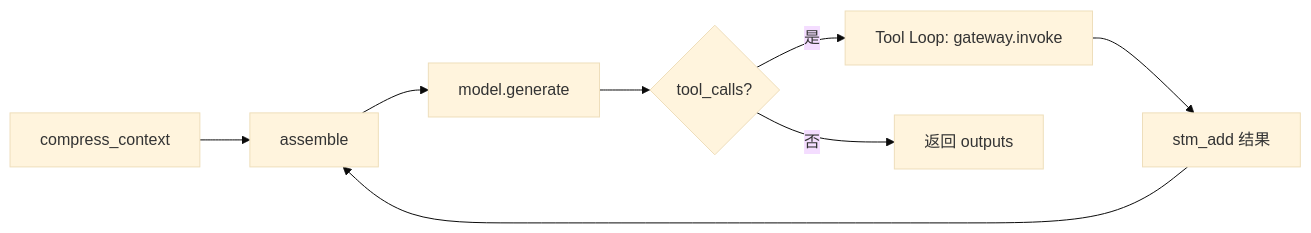
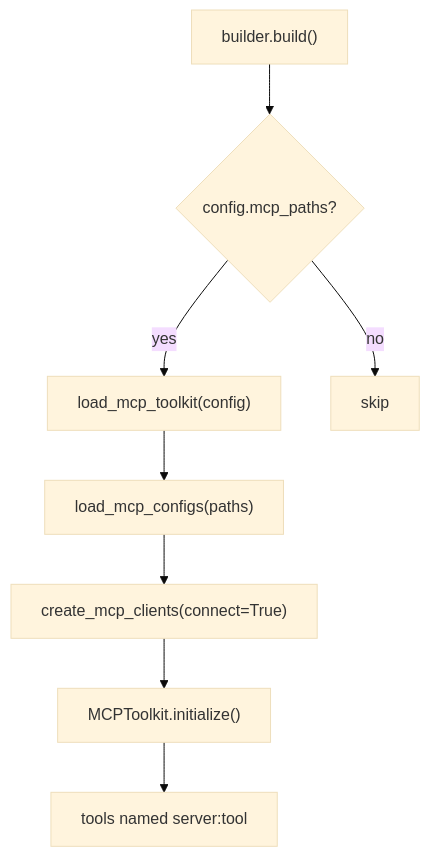
Before and after one commit to clowder-labs/Deterministic-Agent-Runtime-Engine: the fifth of 13 diagrams in docs/DARE_FRAMEWORK_DESIGN.md, drawn with Mermaid (base theme). The commit also changed other lines of this file, not shown here.

````diff
--- a/docs/DARE_FRAMEWORK_DESIGN.md
+++ b/docs/DARE_FRAMEWORK_DESIGN.md
@@ -978,10 +213,10 @@
 ```mermaid
-flowchart LR
-    A["compress_context"] --> B["assemble"]
-    B --> C["model.generate"]
-    C --> D{"tool_calls?"}
-    D -->|是| E["Tool Loop: gateway.invoke"]
-    E --> F["stm_add 结果"]
-    F --> B
-    D -->|否| G["返回 outputs"]
+flowchart TD
+  A["builder.build()"] --> B{"config.mcp_paths?"}
+  B -->|yes| C["load_mcp_toolkit(config)"]
+  C --> D["load_mcp_configs(paths)"]
+  D --> E["create_mcp_clients(connect=True)"]
+  E --> F["MCPToolkit.initialize()"]
+  F --> G["tools named server:tool"]
+  B -->|no| H["skip"]
 ```
````
